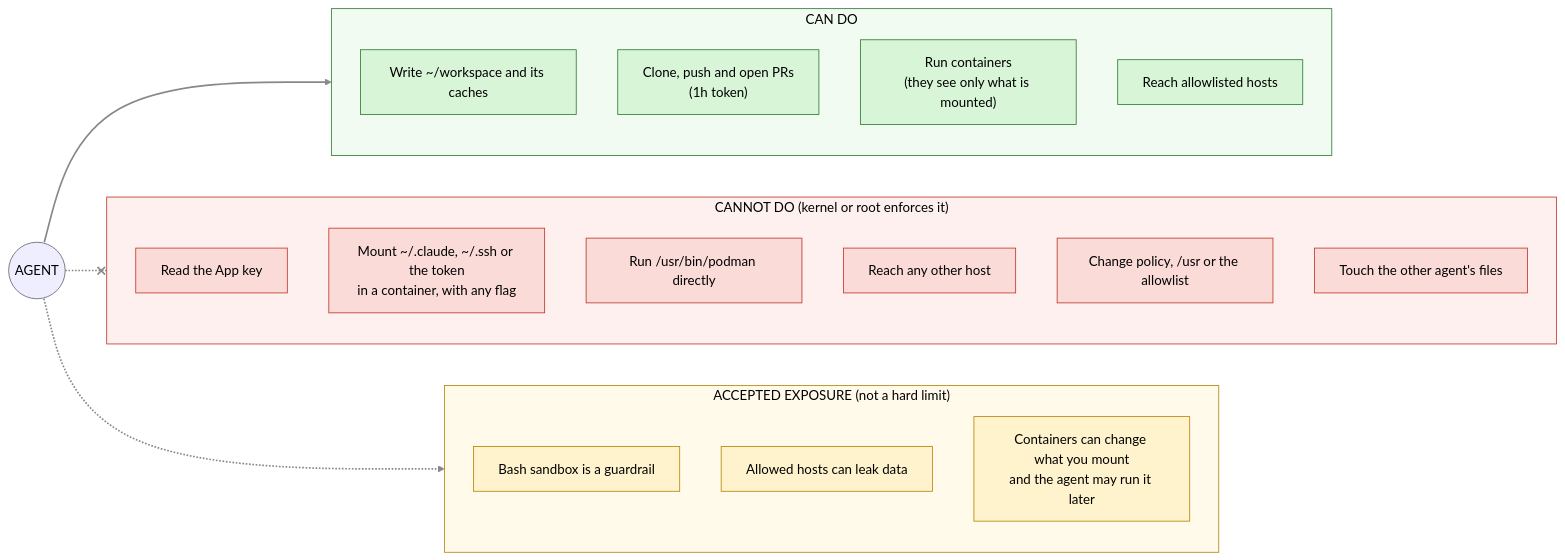
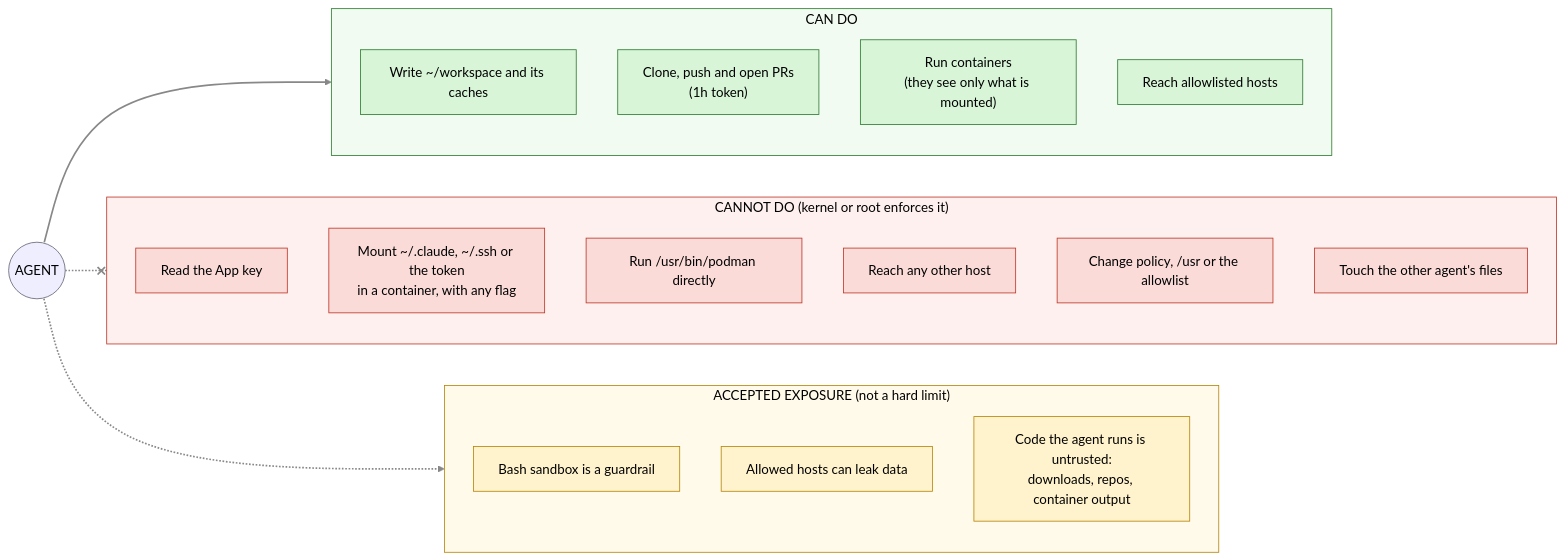
One commit to cthtrifork/homeserver-bootc changed the second of 3 diagrams in docs/claude-vm/README.md. Above: the diagram before and after it, drawn with Mermaid. The commit also changed other lines of this file, not shown here.

Commit message:
docs(claude-vm): treat container-planted files as the general untrusted-code risk
Replace the podman-specific exposure box with 'code the agent runs is
untrusted' and note mount hygiene in the podman section.

````diff
--- a/docs/claude-vm/README.md
+++ b/docs/claude-vm/README.md
@@ -78,45 +78,45 @@
 ```mermaid
 flowchart LR
     AG(("AGENT"))
 
     subgraph CAN["CAN DO"]
         direction TB
         C1["Write ~/workspace and its caches"]
         C2["Clone, push and open PRs<br/>(1h token)"]
         C3["Run containers<br/>(they see only what is mounted)"]
         C4["Reach allowlisted hosts"]
     end
 
     subgraph CANT["CANNOT DO (kernel or root enforces it)"]
         direction TB
         N1["Read the App key"]
         N2["Mount ~/.claude, ~/.ssh or the token<br/>in a container, with any flag"]
         N3["Run /usr/bin/podman directly"]
         N4["Reach any other host"]
         N5["Change policy, /usr or the allowlist"]
         N6["Touch the other agent's files"]
     end
 
     subgraph SOFT["ACCEPTED EXPOSURE (not a hard limit)"]
         direction TB
         S1["Bash sandbox is a guardrail"]
         S2["Allowed hosts can leak data"]
-        S3["Containers can change what you mount<br/>and the agent may run it later"]
+        S3["Code the agent runs is untrusted:<br/>downloads, repos, container output"]
     end
 
     AG --> CAN
     AG -.-x CANT
     AG -.-> SOFT
 
     linkStyle default stroke:#888,stroke-width:2px
     classDef ok fill:#d8f5d8,stroke:#2e7d32,color:#000
     classDef no fill:#fadbd8,stroke:#c0392b,color:#000
     classDef soft fill:#fff3cd,stroke:#b8860b,color:#000
     class C1,C2,C3,C4 ok
     class N1,N2,N3,N4,N5,N6 no
     class S1,S2,S3 soft
     style CAN fill:#f2fbf2,stroke:#2e7d32,color:#000
     style CANT fill:#fdf0ee,stroke:#c0392b,color:#000
     style SOFT fill:#fffaea,stroke:#b8860b,color:#000
     style AG fill:#eef,stroke:#667,color:#000
 ```
````
